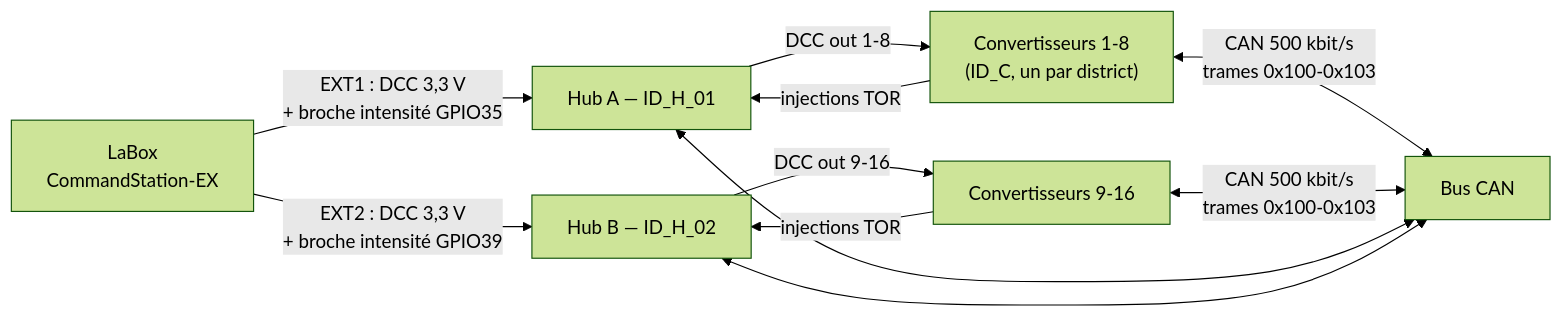
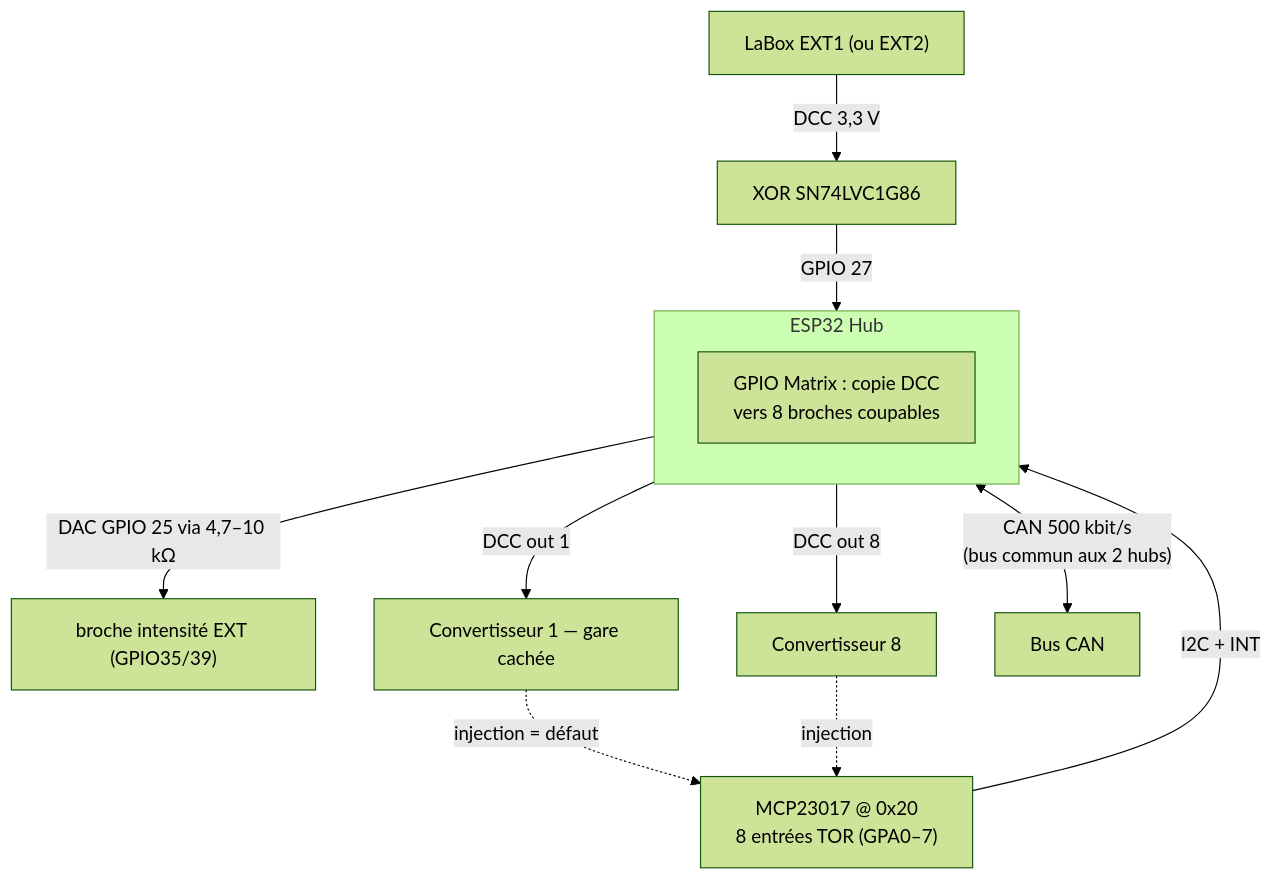
The first of 3 diagrams in Doc/Liaison entre cartes — LaBox ↔ Hub ↔ Convertisseur (CFC).md (prune74/DCC_HUB_DISTRIB-Booster), drawn with Mermaid (forest theme) before and after one commit. The commit also changed other lines of this file, not shown here.

Commit message:
Mise à jour du document d'interface pour le hub de distribution DCC, ajout de détails sur l'architecture, la nomenclature des hubs, et les spécifications des districts, ainsi que des informations sur le câblage et les commandes série.

````diff
--- a/Doc/Liaison entre cartes — LaBox ↔ Hub ↔ Convertisseur (CFC).md
+++ b/Doc/Liaison entre cartes — LaBox ↔ Hub ↔ Convertisseur (CFC).md
@@ -7,11 +38,14 @@
 ```mermaid
-flowchart LR
-    LB["LaBox\nCommandStation-EX"] -- "EXT1 : DCC 3,3 V\n+ broche intensité GPIO35" --> HA["Hub A — ID_H_01"]
-    LB -- "EXT2 : DCC 3,3 V\n+ broche intensité GPIO39" --> HB["Hub B — ID_H_02"]
-    HA -- "DCC out 1-8" --> CA["Convertisseurs 1-8\n(ID_C, un par district)"]
-    HB -- "DCC out 9-16" --> CB["Convertisseurs 9-16"]
-    CA -- "injections TOR" --> HA
-    CB -- "injections TOR" --> HB
-    CA & CB <--> |"CAN 500 kbit/s\ntrames 0x100-0x103"| BUS["Bus CAN"]
-    HA & HB <--> BUS
+flowchart TB
+    LB["LaBox EXT1 (ou EXT2)"] -- "DCC 3,3 V" --> XOR["XOR SN74LVC1G86"] -- "GPIO 27" --> HUB
+    HUB -- "DAC GPIO 25 via 4,7–10 kΩ" --> LBI["broche intensité EXT (GPIO35/39)"]
+    subgraph HUB["ESP32 Hub"]
+        M["GPIO Matrix : copie DCC<br/>vers 8 broches coupables"]
+    end
+    HUB -- "DCC out 1" --> C1["Convertisseur 1 — gare cachée"]
+    HUB -- "DCC out 8" --> C8["Convertisseur 8"]
+    C1 -. "injection = défaut" .-> MCP
+    C8 -. "injection" .-> MCP
+    MCP["MCP23017 @ 0x20<br/>8 entrées TOR (GPA0–7)"] -- "I2C + INT" --> HUB
+    HUB <--> |"CAN 500 kbit/s<br/>(bus commun aux 2 hubs)"| BUS["Bus CAN"]
 ```
````
